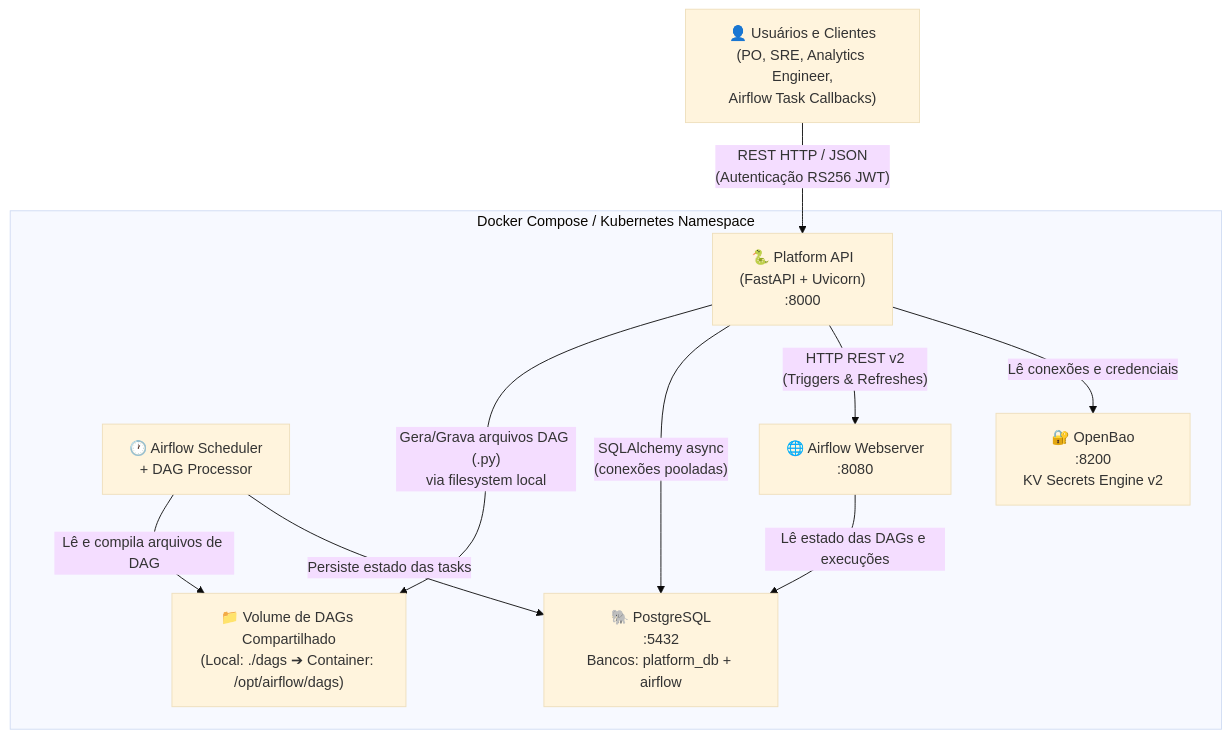
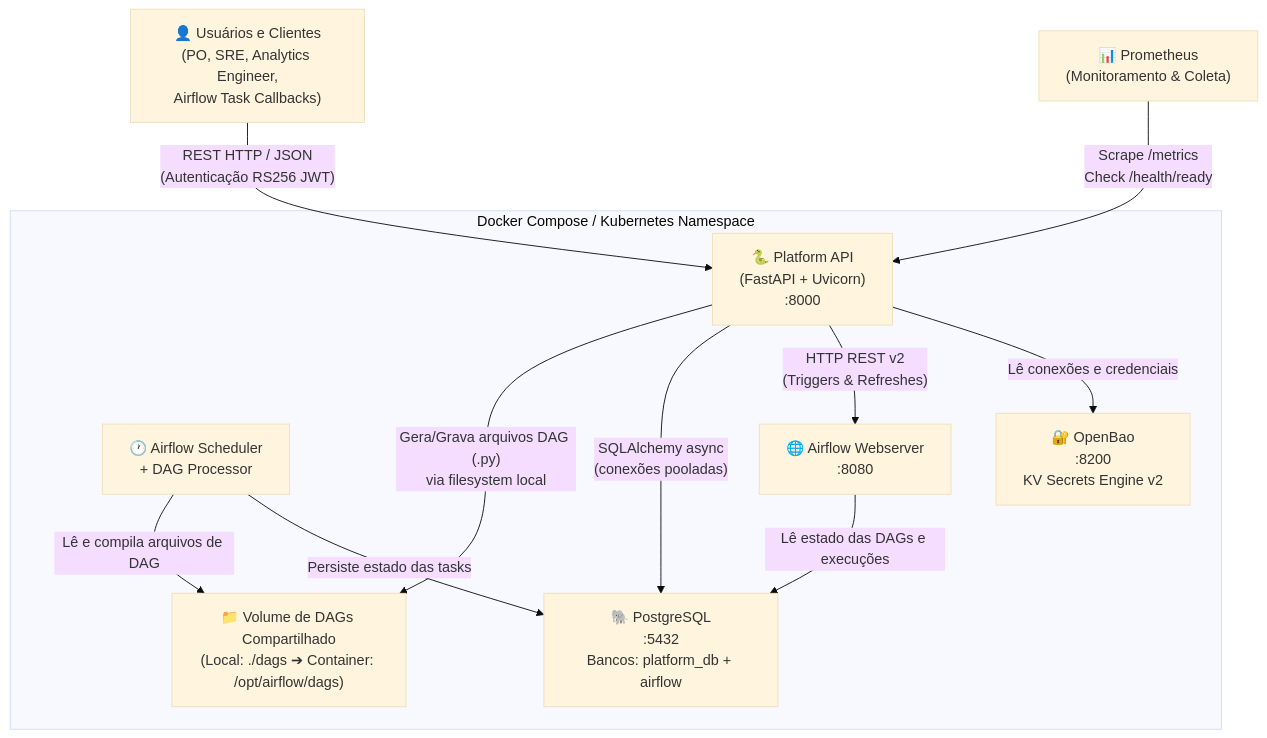
The diagram in docs/c4_model/containers.md (Melo-Anderson/clean-data-platform-airflow), drawn with Mermaid (base theme) before and after one commit. The commit also changed other lines of this file and 2 other files, not shown here.

Commit message:
docs: add ADR-004, update operations guide and C4 containers diagram for observability

````diff
--- a/docs/c4_model/containers.md
+++ b/docs/c4_model/containers.md
@@ -5,23 +5,27 @@
 ```mermaid
 graph TD
     CLIENT["👤 Usuários e Clientes\n(PO, SRE, Analytics Engineer,\nAirflow Task Callbacks)"]
 
     subgraph "Docker Compose / Kubernetes Namespace"
         API["🐍 Platform API\n(FastAPI + Uvicorn)\n:8000"]
         SCHED["🕐 Airflow Scheduler\n+ DAG Processor"]
         WEB["🌐 Airflow Webserver\n:8080"]
         PG["🐘 PostgreSQL\n:5432\nBancos: platform_db + airflow"]
         VAULT["🔐 OpenBao\n:8200\nKV Secrets Engine v2"]
         DAGS["📁 Volume de DAGs Compartilhado\n(Local: ./dags ➔ Container: /opt/airflow/dags)"]
     end
 
+    PROM["📊 Prometheus\n(Monitoramento & Coleta)"]
+
     CLIENT -->|"REST HTTP / JSON\n(Autenticação RS256 JWT)"| API
     API -->|"Gera/Grava arquivos DAG (.py)\nvia filesystem local"| DAGS
     API -->|"SQLAlchemy async\n(conexões pooladas)"| PG
     API -->|"HTTP REST v2\n(Triggers & Refreshes)"| WEB
     API -->|"Lê conexões e credenciais"| VAULT
 
     SCHED -->|"Lê e compila arquivos de DAG"| DAGS
     SCHED -->|"Persiste estado das tasks"| PG
     WEB -->|"Lê estado das DAGs e execuções"| PG
+
+    PROM -->|"Scrape /metrics\nCheck /health/ready"| API
 ```
````
